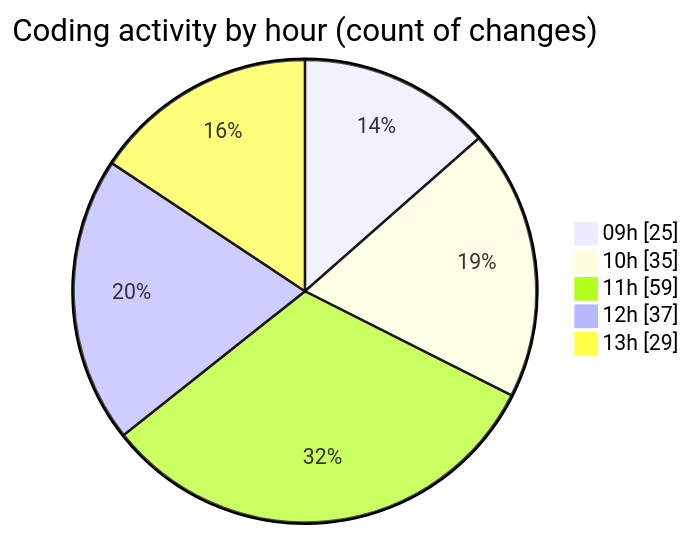
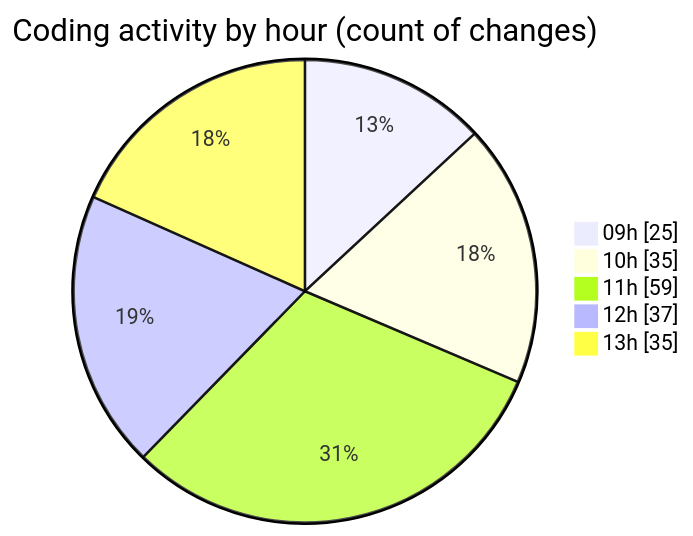
The second of 2 diagrams in 2025-08-22/cda/README.md (momahboobian/code-tracking), drawn with Mermaid before and after one commit. The commit also changed other lines of this file and 1 other file, not shown here.

````diff
--- a/2025-08-22/cda/README.md
+++ b/2025-08-22/cda/README.md
@@ -51,9 +51,9 @@
 ```mermaid
 pie showData
 title Coding activity by hour (count of changes)
 "09h" : 25
 "10h" : 35
 "11h" : 59
 "12h" : 37
-"13h" : 29
+"13h" : 35
 ```
````
